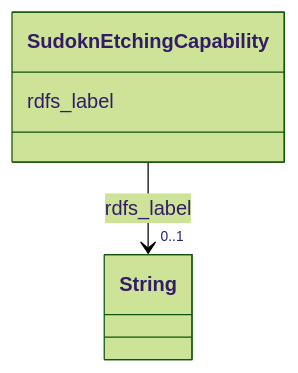
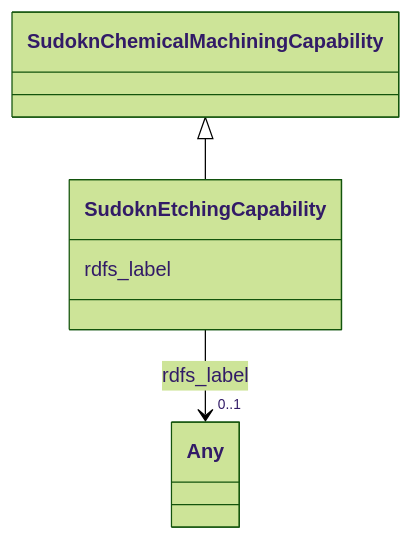
Before and after one commit to frink-okn/graph-descriptions: the diagram in sudokn-kg/classes/SudoknEtchingCapability.md, drawn with Mermaid (forest theme). The commit also changed other lines of this file and 903 other files, not shown here.

````diff
--- a/sudokn-kg/classes/SudoknEtchingCapability.md
+++ b/sudokn-kg/classes/SudoknEtchingCapability.md
@@ -23,15 +18,18 @@
 ```mermaid
  classDiagram
     class SudoknEtchingCapability
     click SudoknEtchingCapability href "../SudoknEtchingCapability"
+      SudoknChemicalMachiningCapability <|-- SudoknEtchingCapability
+        click SudoknChemicalMachiningCapability href "../SudoknChemicalMachiningCapability"
+      
       SudoknEtchingCapability : rdfs_label
         
           
     
     
-    SudoknEtchingCapability --> "0..1" String : rdfs_label
-    click String href "../String"
+    SudoknEtchingCapability --> "0..1" Any : rdfs_label
+    click Any href "../Any"
 
         
       
 ```
````
